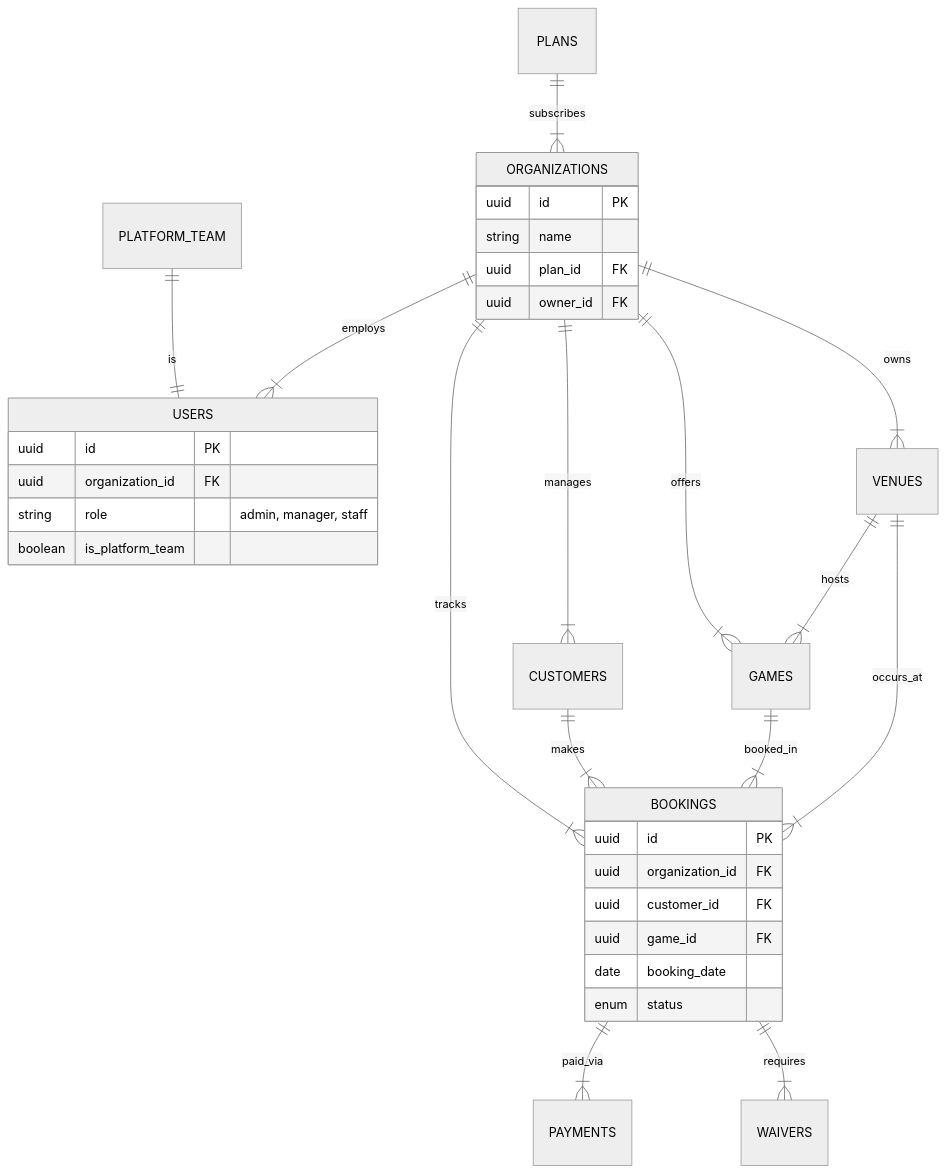
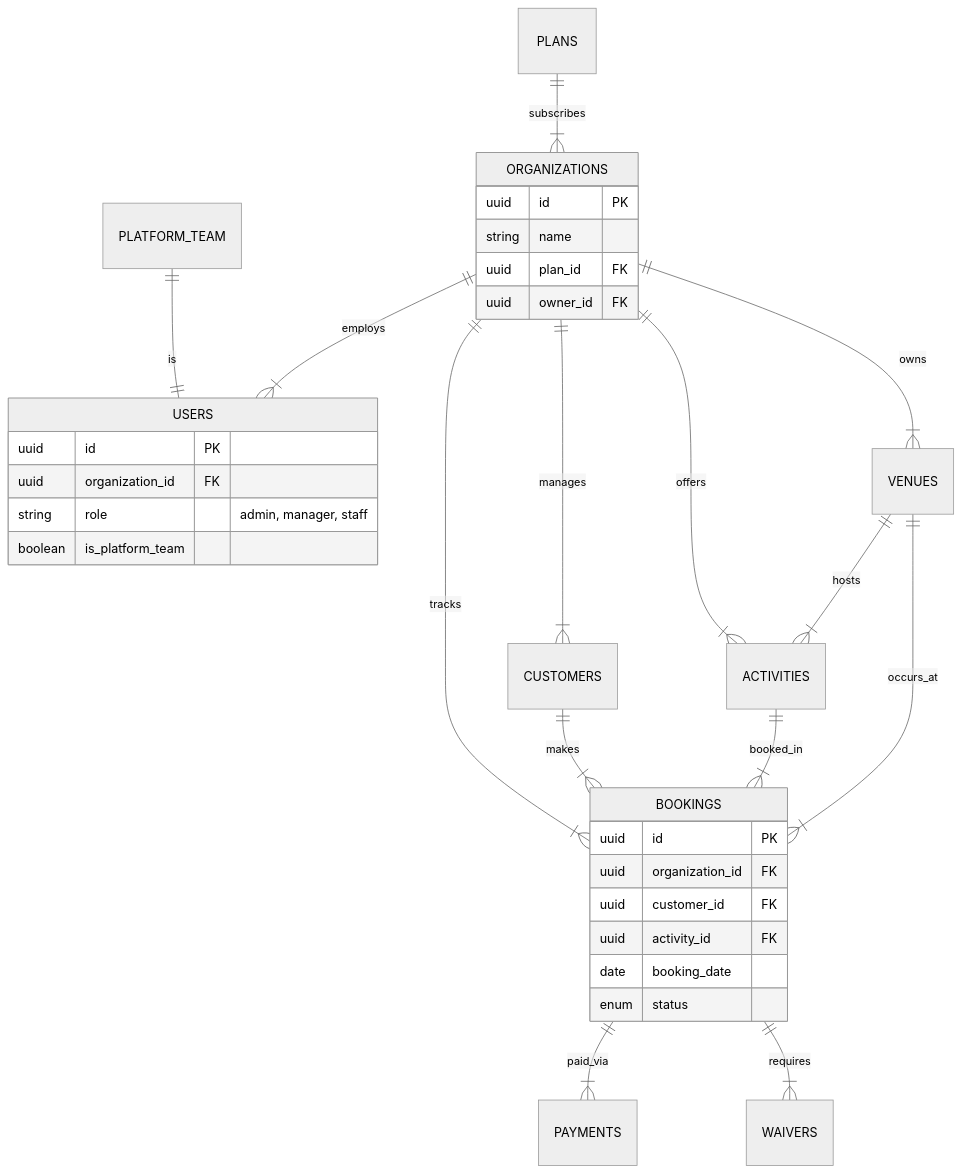
One commit to marketingadvisorai/BookingTMS-2.0---Antigravity changed the second of 4 diagrams in ARCHITECTURE_REVIEW_AND_VISUALIZATION.md. Above: the diagram before and after it, drawn with Mermaid (neutral theme). The commit also changed other lines of this file and 4 other files, not shown here.

Commit message:
refactor: rename 'Game' to 'Activity' in widgets and documentation

````diff
--- a/ARCHITECTURE_REVIEW_AND_VISUALIZATION.md
+++ b/ARCHITECTURE_REVIEW_AND_VISUALIZATION.md
@@ -107,48 +107,48 @@
 ```mermaid
 erDiagram
     %% Platform Layer
     PLATFORM_TEAM ||--|| USERS : "is"
     PLANS ||--|{ ORGANIZATIONS : "subscribes"
     
     %% Tenant Layer
     ORGANIZATIONS ||--|{ USERS : "employs"
     ORGANIZATIONS ||--|{ VENUES : "owns"
-    ORGANIZATIONS ||--|{ GAMES : "offers"
+    ORGANIZATIONS ||--|{ ACTIVITIES : "offers"
     ORGANIZATIONS ||--|{ CUSTOMERS : "manages"
     ORGANIZATIONS ||--|{ BOOKINGS : "tracks"
     
-    VENUES ||--|{ GAMES : "hosts"
+    VENUES ||--|{ ACTIVITIES : "hosts"
     
     %% Booking Flow
     CUSTOMERS ||--|{ BOOKINGS : "makes"
-    GAMES ||--|{ BOOKINGS : "booked_in"
+    ACTIVITIES ||--|{ BOOKINGS : "booked_in"
     VENUES ||--|{ BOOKINGS : "occurs_at"
     
     %% Payments
     BOOKINGS ||--|{ PAYMENTS : "paid_via"
     BOOKINGS ||--|{ WAIVERS : "requires"
     
     %% Definitions
     ORGANIZATIONS {
         uuid id PK
         string name
         uuid plan_id FK
         uuid owner_id FK
     }
     
     USERS {
         uuid id PK
         uuid organization_id FK
         string role "admin, manager, staff"
         boolean is_platform_team
     }
     
     BOOKINGS {
         uuid id PK
         uuid organization_id FK
         uuid customer_id FK
-        uuid game_id FK
+        uuid activity_id FK
         date booking_date
         enum status
     }
 ```
````
